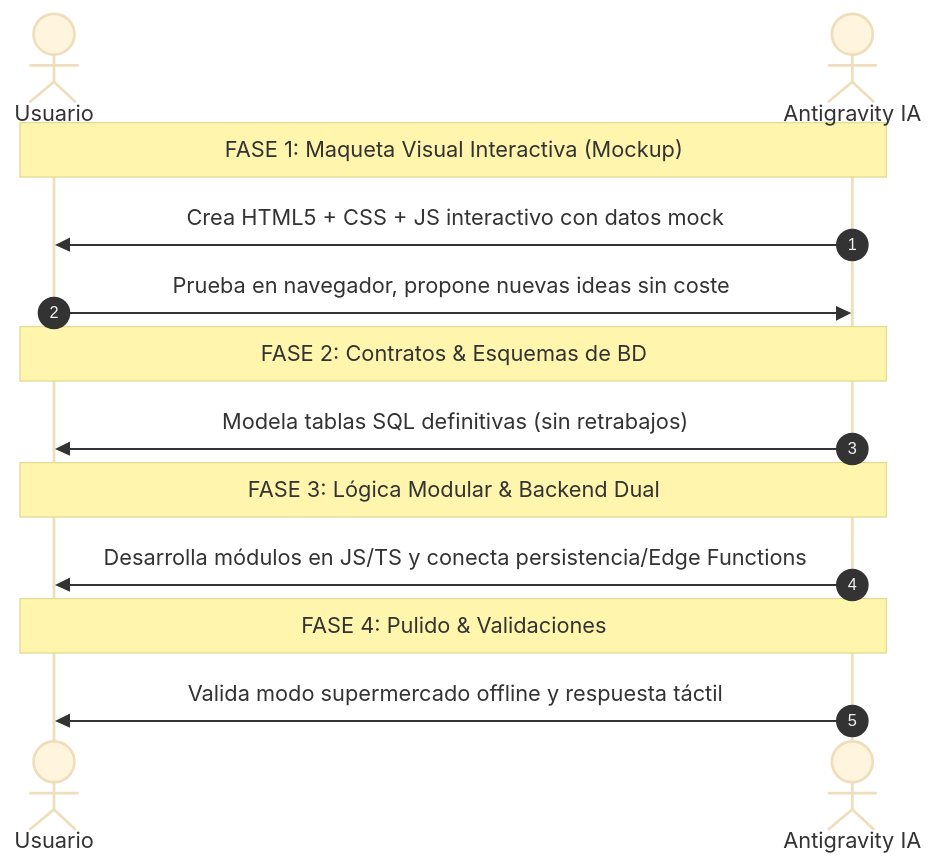
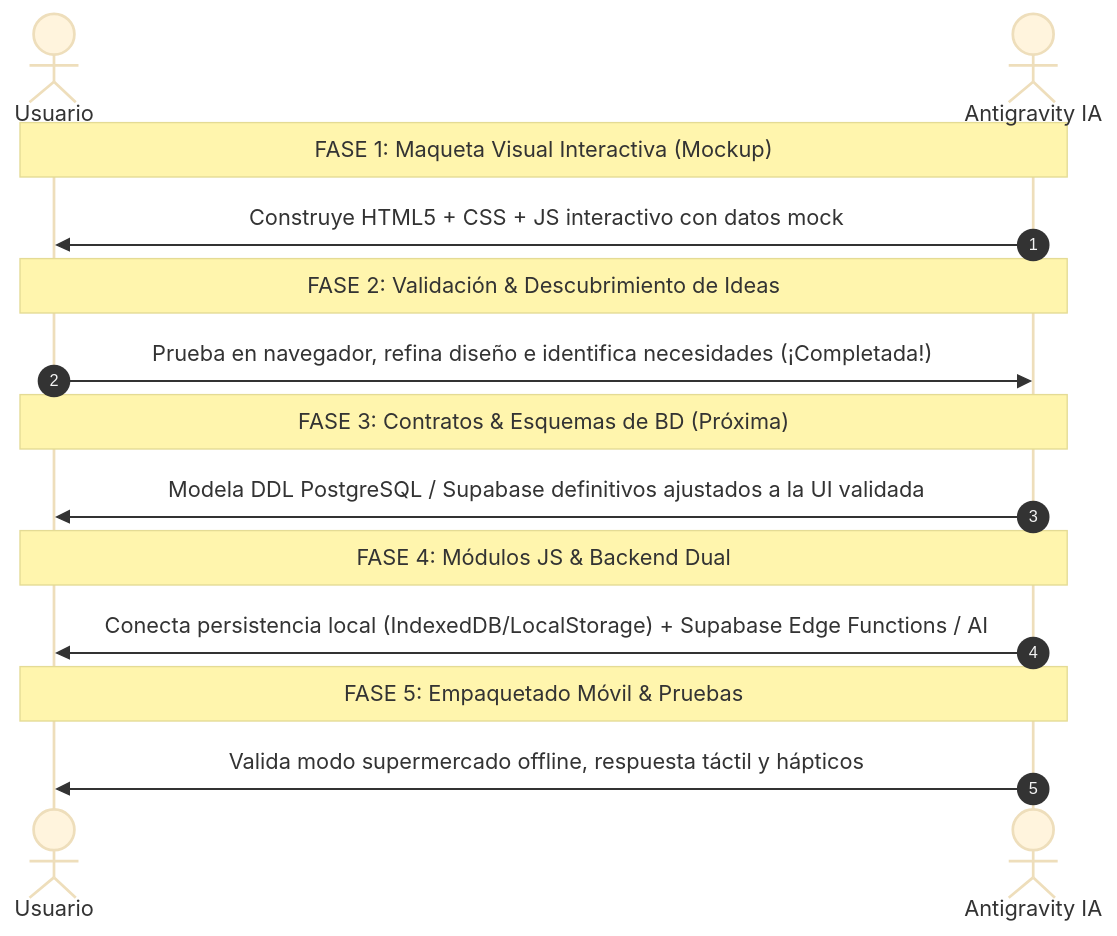
One commit to DanSolo22/Rezcart changed the diagram in estandar_desarrollo_apps.md. Above: the diagram before and after it, drawn with Mermaid (base theme). The commit also changed other lines of this file and 1 other file, not shown here.

````diff
--- a/estandar_desarrollo_apps.md
+++ b/estandar_desarrollo_apps.md
@@ -60,19 +59,21 @@
 ```mermaid
 sequenceDiagram
     autonumber
     actor Usuario
     actor Asistente as Antigravity IA
     
     Note over Usuario,Asistente: FASE 1: Maqueta Visual Interactiva (Mockup)
-    Asistente->>Usuario: Crea HTML5 + CSS + JS interactivo con datos mock
-    Usuario->>Asistente: Prueba en navegador, propone nuevas ideas sin coste
+    Asistente->>Usuario: Construye HTML5 + CSS + JS interactivo con datos mock
     
-    Note over Usuario,Asistente: FASE 2: Contratos & Esquemas de BD
-    Asistente->>Usuario: Modela tablas SQL definitivas (sin retrabajos)
+    Note over Usuario,Asistente: FASE 2: Validación & Descubrimiento de Ideas
+    Usuario->>Asistente: Prueba en navegador, refina diseño e identifica necesidades (¡Completada!)
     
-    Note over Usuario,Asistente: FASE 3: Lógica Modular & Backend Dual
-    Asistente->>Usuario: Desarrolla módulos en JS/TS y conecta persistencia/Edge Functions
+    Note over Usuario,Asistente: FASE 3: Contratos & Esquemas de BD (Próxima)
+    Asistente->>Usuario: Modela DDL PostgreSQL / Supabase definitivos ajustados a la UI validada
     
-    Note over Usuario,Asistente: FASE 4: Pulido & Validaciones
-    Asistente->>Usuario: Valida modo supermercado offline y respuesta táctil
+    Note over Usuario,Asistente: FASE 4: Módulos JS & Backend Dual
+    Asistente->>Usuario: Conecta persistencia local (IndexedDB/LocalStorage) + Supabase Edge Functions / AI
+    
+    Note over Usuario,Asistente: FASE 5: Empaquetado Móvil & Pruebas
+    Asistente->>Usuario: Valida modo supermercado offline, respuesta táctil y hápticos
 ```
````
